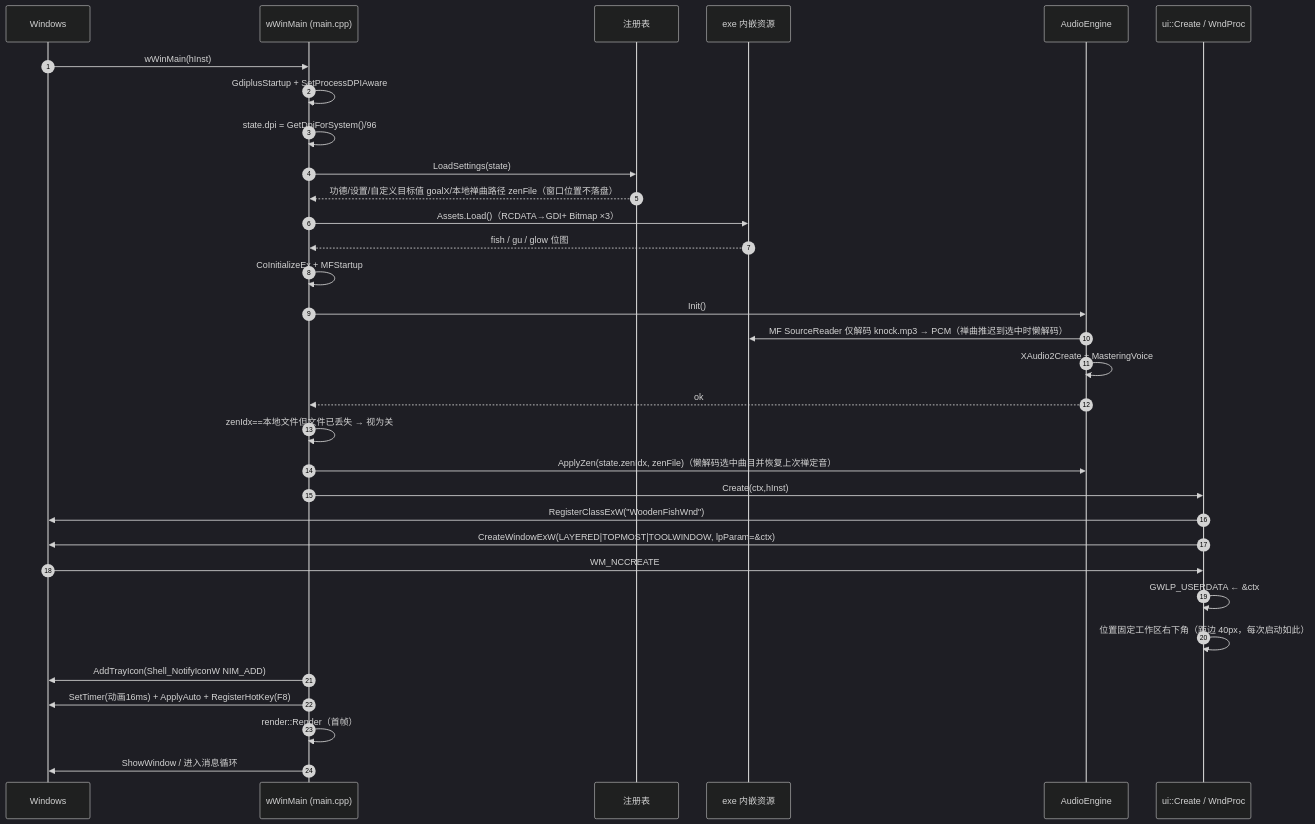
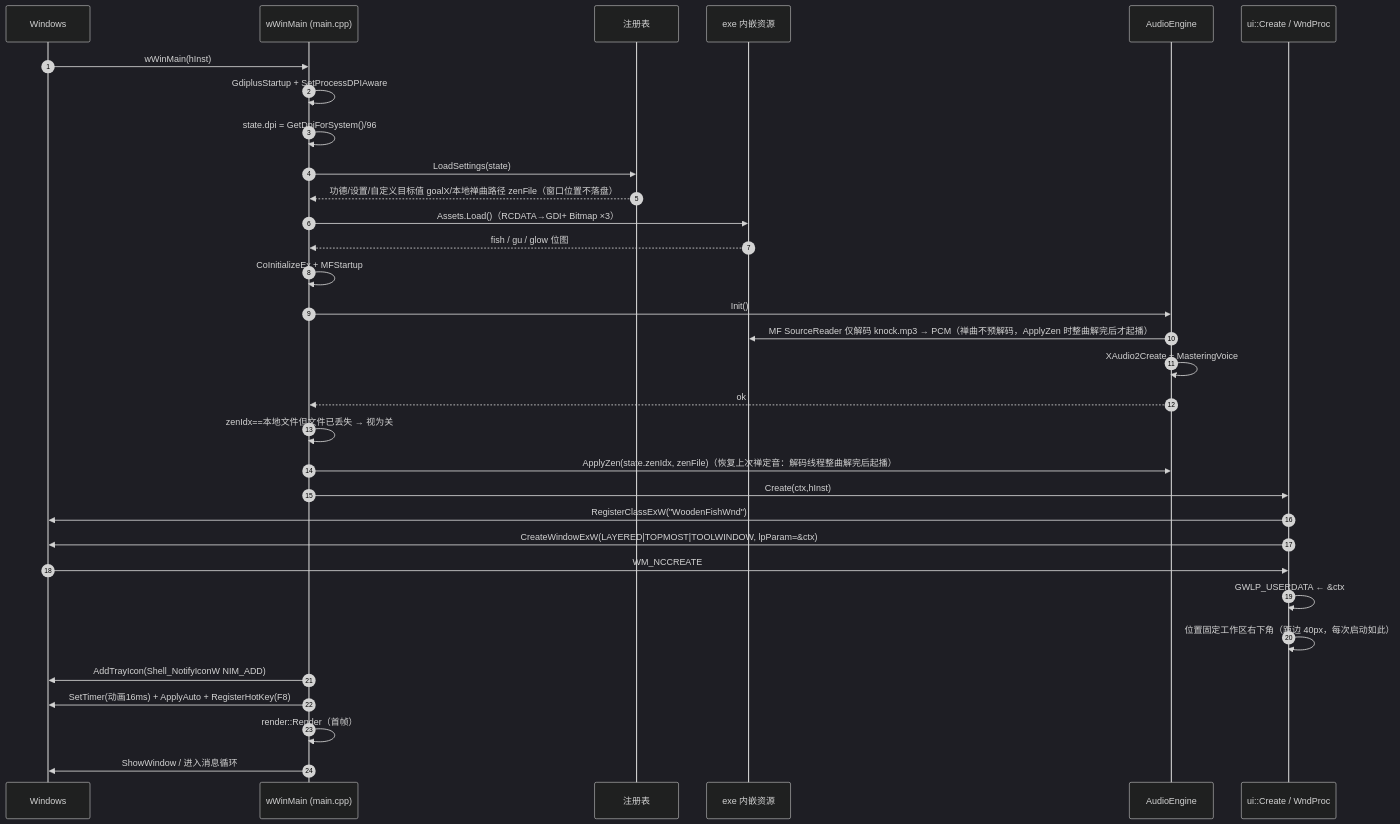
One commit to TianYunCode/wooden_fish changed the first of 5 diagrams in docs/sequence-diagrams.md. Above: the diagram before and after it, drawn with Mermaid (dark theme). The commit also changed other lines of this file and 17 other files, not shown here.

````diff
--- a/docs/sequence-diagrams.md
+++ b/docs/sequence-diagrams.md
@@ -7,35 +7,35 @@
 ```mermaid
 sequenceDiagram
     autonumber
     participant OS as Windows
     participant M as wWinMain (main.cpp)
     participant REG as 注册表
     participant R as exe 内嵌资源
     participant AE as AudioEngine
     participant W as ui::Create / WndProc
 
     OS->>M: wWinMain(hInst)
     M->>M: GdiplusStartup + SetProcessDPIAware
     M->>M: state.dpi = GetDpiForSystem()/96
     M->>REG: LoadSettings(state)
     REG-->>M: 功德/设置/自定义目标值 goalX/本地禅曲路径 zenFile（窗口位置不落盘）
     M->>R: Assets.Load()（RCDATA→GDI+ Bitmap ×3）
     R-->>M: fish / gu / glow 位图
     M->>M: CoInitializeEx + MFStartup
     M->>AE: Init()
-    AE->>R: MF SourceReader 仅解码 knock.mp3 → PCM（禅曲推迟到选中时懒解码）
+    AE->>R: MF SourceReader 仅解码 knock.mp3 → PCM（禅曲不预解码，ApplyZen 时整曲解完后才起播）
     AE->>AE: XAudio2Create + MasteringVoice
     AE-->>M: ok
     M->>M: zenIdx==本地文件但文件已丢失 → 视为关
-    M->>AE: ApplyZen(state.zenIdx, zenFile)（懒解码选中曲目并恢复上次禅定音）
+    M->>AE: ApplyZen(state.zenIdx, zenFile)（恢复上次禅定音：解码线程整曲解完后起播）
     M->>W: Create(ctx,hInst)
     W->>OS: RegisterClassExW("WoodenFishWnd")
     W->>OS: CreateWindowExW(LAYERED|TOPMOST|TOOLWINDOW, lpParam=&ctx)
     OS->>W: WM_NCCREATE
     W->>W: GWLP_USERDATA ← &ctx
     W->>W: 位置固定工作区右下角（距边 40px，每次启动如此）
     M->>OS: AddTrayIcon(Shell_NotifyIconW NIM_ADD)
     M->>OS: SetTimer(动画16ms) + ApplyAuto + RegisterHotKey(F8)
     M->>M: render::Render（首帧）
     M->>OS: ShowWindow / 进入消息循环
 ```
````
